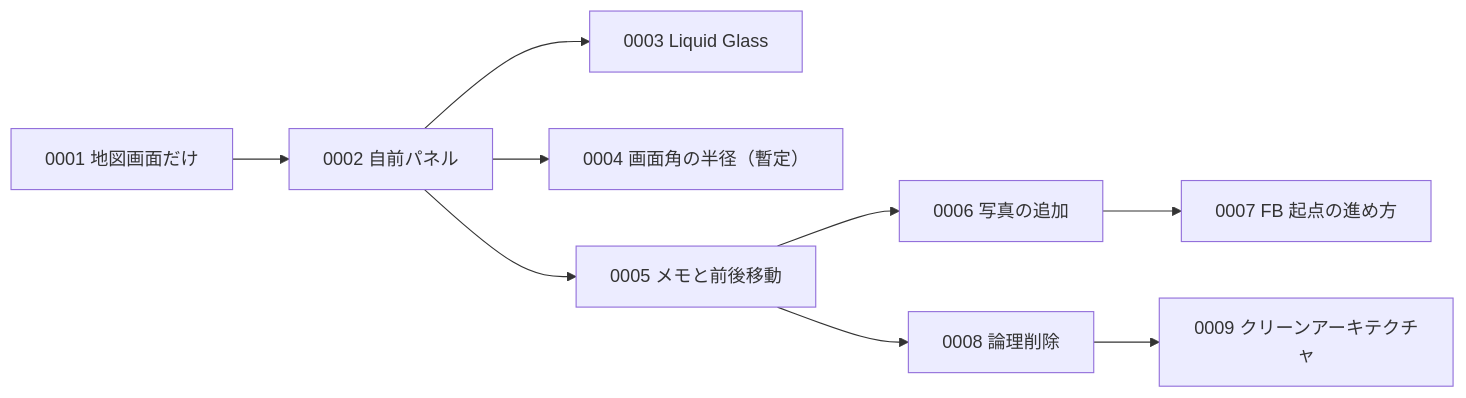
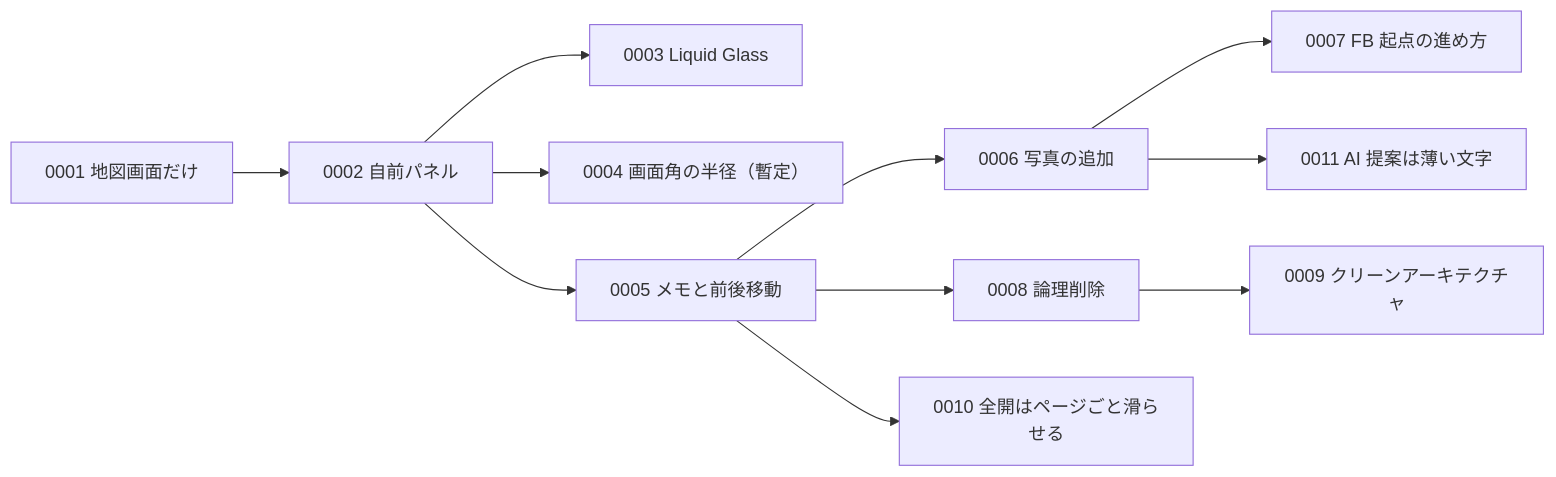
One commit to akidon0000/tabi-memo changed the diagram in docs/adr/README.md. Above: the diagram before and after it, drawn with Mermaid. The commit also changed other lines of this file and 9 other files, not shown here.

````diff
--- a/docs/adr/README.md
+++ b/docs/adr/README.md
@@ -40,11 +42,13 @@
 ```mermaid
 flowchart LR
     0001["0001 地図画面だけ"] --> 0002["0002 自前パネル"]
     0002 --> 0003["0003 Liquid Glass"]
     0002 --> 0004["0004 画面角の半径（暫定）"]
     0002 --> 0005["0005 メモと前後移動"]
     0005 --> 0006["0006 写真の追加"]
     0006 --> 0007["0007 FB 起点の進め方"]
     0005 --> 0008["0008 論理削除"]
     0008 --> 0009["0009 クリーンアーキテクチャ"]
+    0005 --> 0010["0010 全開はページごと滑らせる"]
+    0006 --> 0011["0011 AI 提案は薄い文字"]
 ```
````
